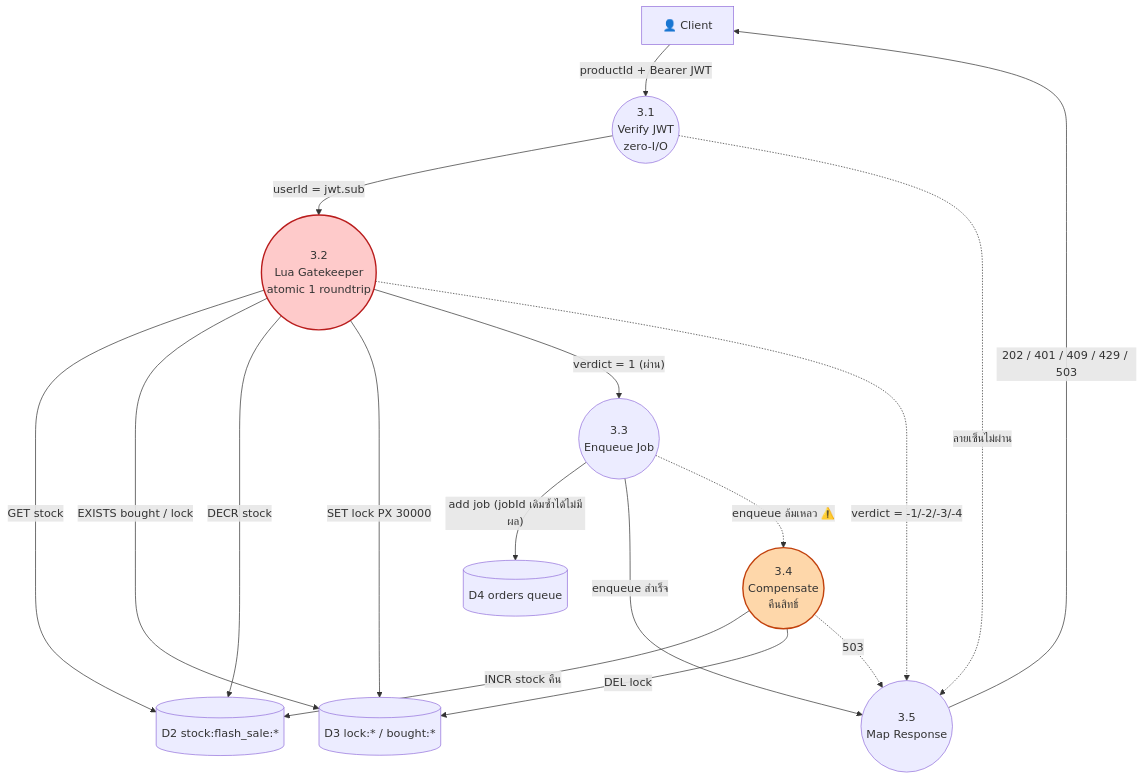
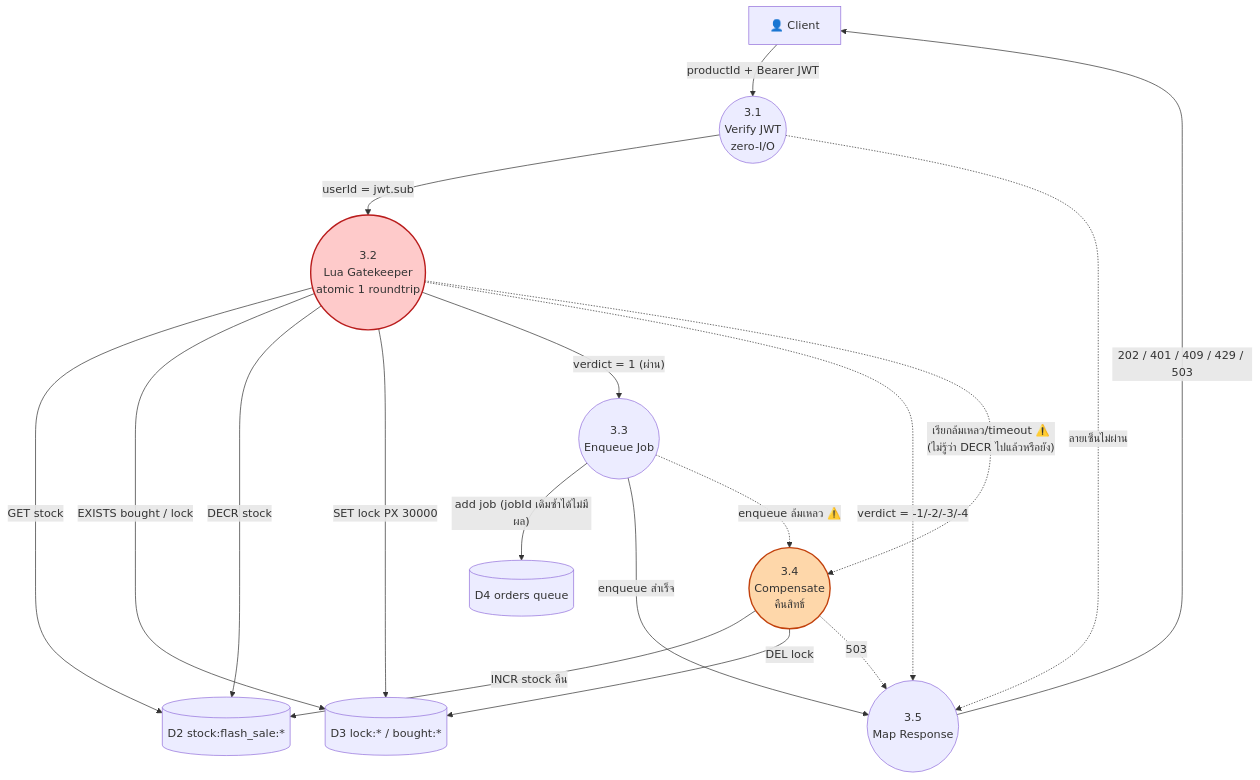
Before and after one commit to tophbeifong123/mini-project-backend-mobile: the third of 6 diagrams in docs/Architecture/diagrams.md, drawn with Mermaid. The commit also changed other lines of this file and 1 other file, not shown here.

First line of the commit message:
docs(architecture): close the 23514 question and fix worker error mapping

````diff
--- a/docs/Architecture/diagrams.md
+++ b/docs/Architecture/diagrams.md
@@ -127,38 +127,39 @@
 ```mermaid
 flowchart TD
     CLIENT["👤 Client"]
 
     P31(("3.1<br/>Verify JWT<br/>zero-I/O"))
     P32(("3.2<br/>Lua Gatekeeper<br/>atomic 1 roundtrip"))
     P33(("3.3<br/>Enqueue Job"))
     P34(("3.4<br/>Compensate<br/>คืนสิทธิ์"))
     P35(("3.5<br/>Map Response"))
 
     DS2[("D2 stock:flash_sale:*")]
     DS3[("D3 lock:* / bought:*")]
     DS4[("D4 orders queue")]
 
     CLIENT -->|"productId + Bearer JWT"| P31
     P31 -->|"userId = jwt.sub"| P32
     P31 -.->|"ลายเซ็นไม่ผ่าน"| P35
 
     P32 -->|"GET stock"| DS2
     P32 -->|"EXISTS bought / lock"| DS3
     P32 -->|"DECR stock"| DS2
     P32 -->|"SET lock PX 30000"| DS3
     P32 -->|"verdict = 1 (ผ่าน)"| P33
     P32 -.->|"verdict = -1/-2/-3/-4"| P35
+    P32 -.->|"เรียกล้มเหลว/timeout ⚠️<br/>(ไม่รู้ว่า DECR ไปแล้วหรือยัง)"| P34
 
     P33 -->|"add job (jobId เดิมซ้ำได้ไม่มีผล)"| DS4
     P33 -->|"enqueue สำเร็จ"| P35
     P33 -.->|"enqueue ล้มเหลว ⚠️"| P34
 
     P34 -->|"INCR stock คืน"| DS2
     P34 -->|"DEL lock"| DS3
     P34 -.->|"503"| P35
 
     P35 -->|"202 / 401 / 409 / 429 / 503"| CLIENT
 
     style P32 fill:#fecaca,stroke:#b91c1c,stroke-width:2px
     style P34 fill:#fed7aa,stroke:#c2410c,stroke-width:2px
 ```
````
